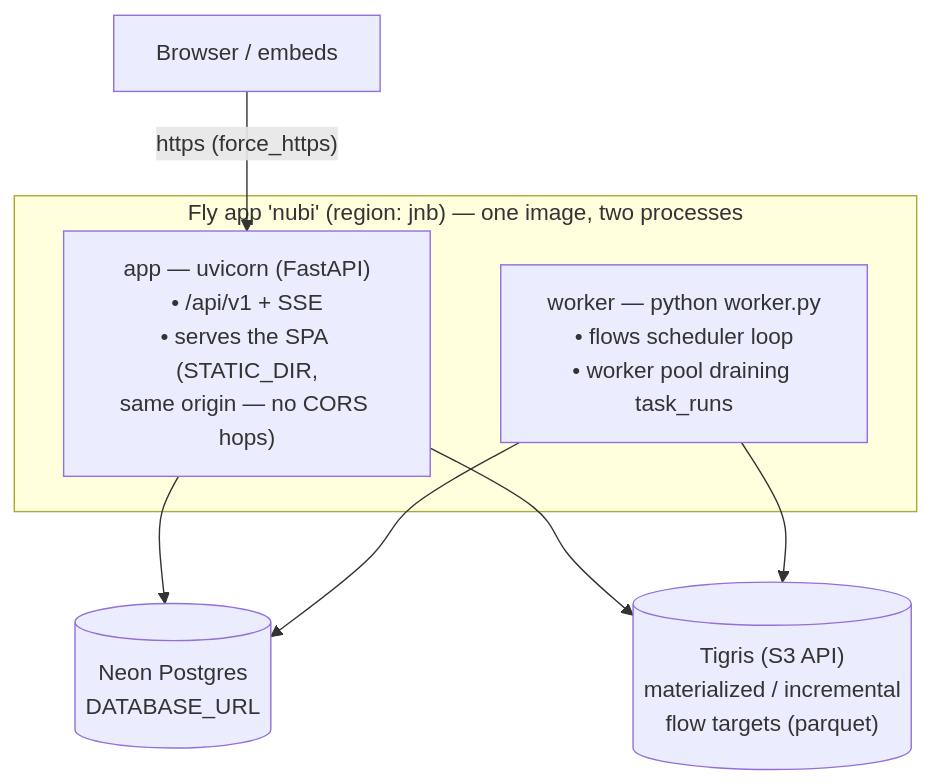
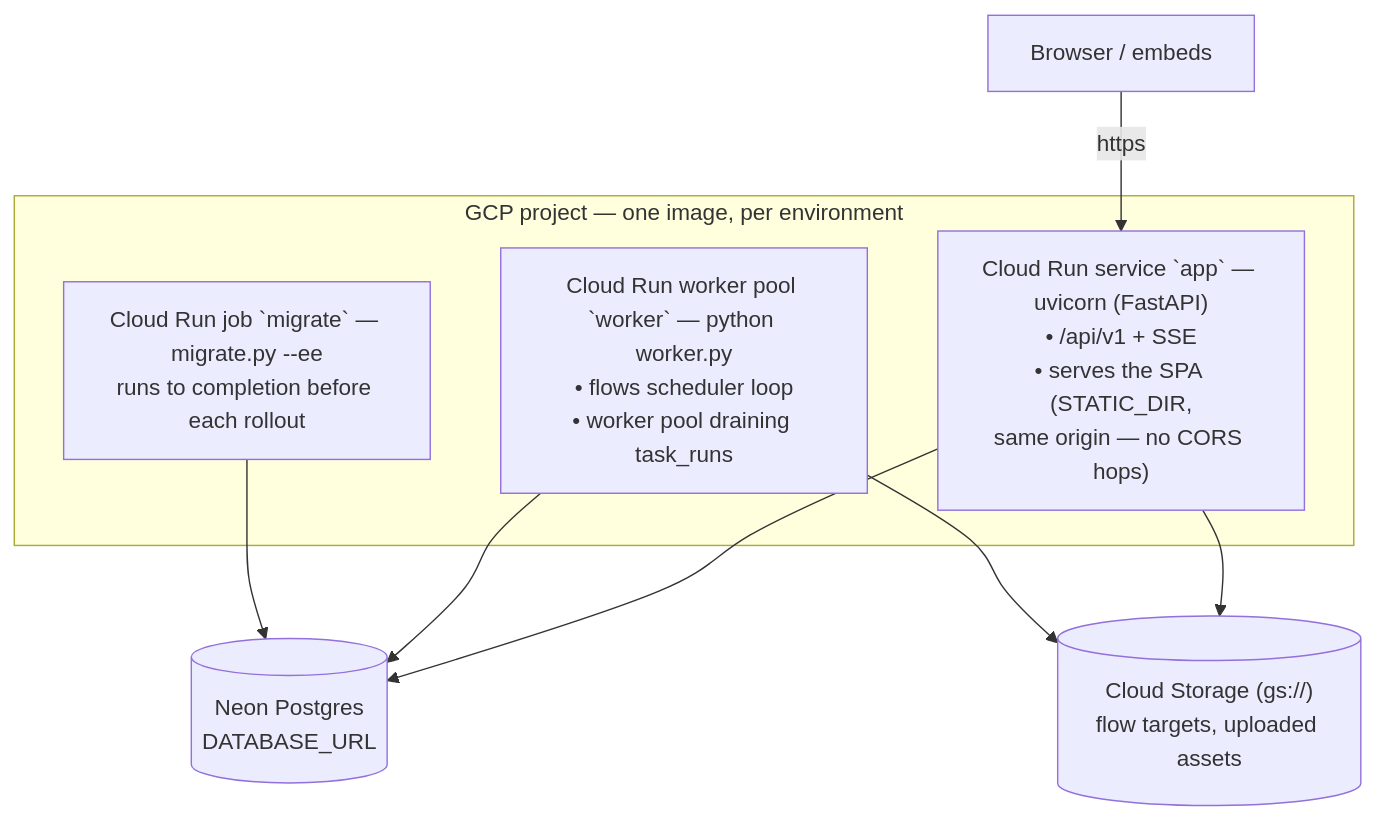
The diagram in docs/cloud.md (cognizance-processing/nubi), drawn with Mermaid before and after one commit. The commit also changed other lines of this file and 16 other files, not shown here.

````diff
--- a/docs/cloud.md
+++ b/docs/cloud.md
@@ -55,14 +56,16 @@
 ```mermaid
 flowchart TD
-    Browser["Browser / embeds"] -- "https (force_https)" --> App
+    Browser["Browser / embeds"] -- https --> App
 
-    subgraph Fly["Fly app 'nubi' (region: jnb) — one image, two processes"]
-        App["app — uvicorn (FastAPI)<br/>• /api/v1 + SSE<br/>• serves the SPA (STATIC_DIR,<br/>same origin — no CORS hops)"]
-        Worker["worker — python worker.py<br/>• flows scheduler loop<br/>• worker pool draining task_runs"]
+    subgraph GCP["GCP project — one image, per environment"]
+        App["Cloud Run service `app` — uvicorn (FastAPI)<br/>• /api/v1 + SSE<br/>• serves the SPA (STATIC_DIR,<br/>same origin — no CORS hops)"]
+        Worker["Cloud Run worker pool `worker` — python worker.py<br/>• flows scheduler loop<br/>• worker pool draining task_runs"]
+        Migrate["Cloud Run job `migrate` — migrate.py --ee<br/>runs to completion before each rollout"]
     end
 
     App --> Postgres[("Neon Postgres<br/>DATABASE_URL")]
-    App --> Storage[("Tigris (S3 API)<br/>materialized / incremental<br/>flow targets (parquet)")]
+    App --> Storage[("Cloud Storage (gs://)<br/>flow targets, uploaded assets")]
     Worker --> Postgres
     Worker --> Storage
+    Migrate --> Postgres
 ```
````
